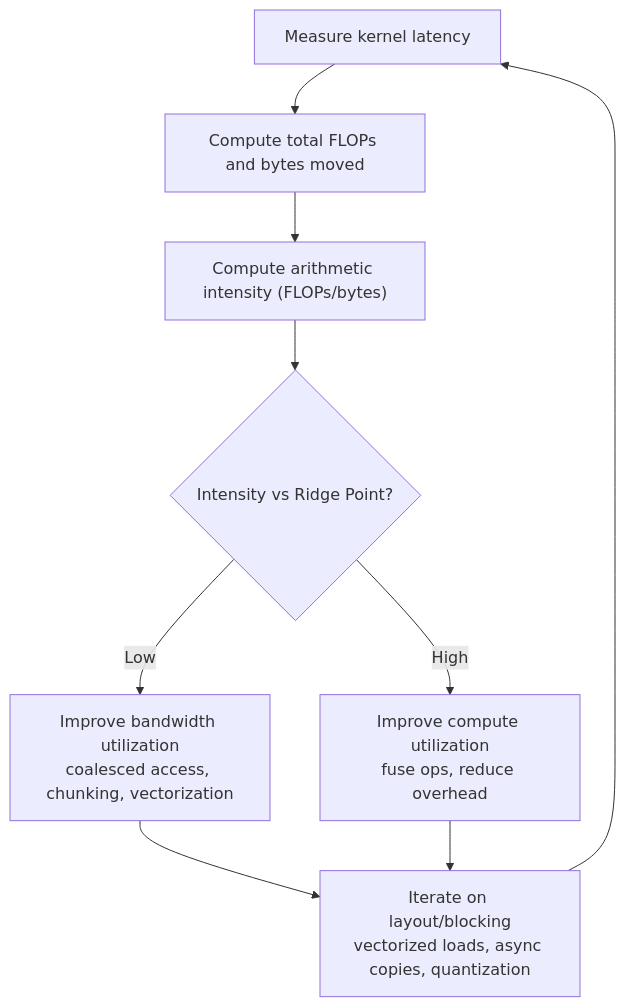
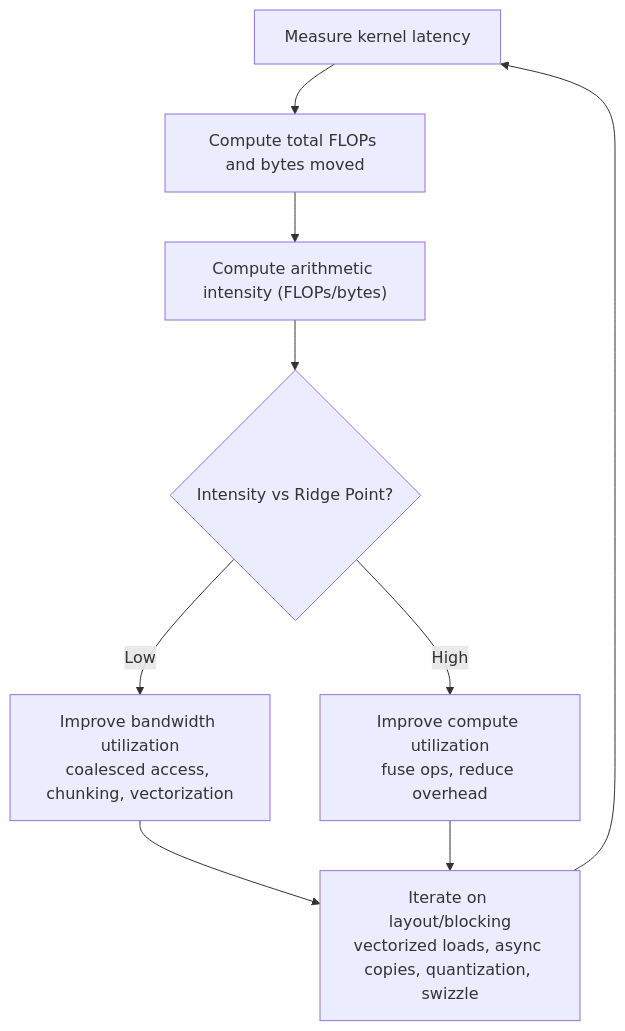
The ninth of 11 diagrams in .qoder/repowiki/en/content/Optimization Strategies.md (gugudeshubao/flashinfer-bench-tma-thrust), drawn with Mermaid before and after one commit. The commit also changed other lines of this file and 3 other files, not shown here.

````diff
--- a/.qoder/repowiki/en/content/Optimization Strategies.md
+++ b/.qoder/repowiki/en/content/Optimization Strategies.md
@@ -491,11 +609,11 @@
 ```mermaid
 flowchart TD
 A["Measure kernel latency"] --> B["Compute total FLOPs and bytes moved"]
 B --> C["Compute arithmetic intensity (FLOPs/bytes)"]
 C --> D{"Intensity vs Ridge Point?"}
 D --> |Low| E["Improve bandwidth utilization<br/>coalesced access, chunking, vectorization"]
 D --> |High| F["Improve compute utilization<br/>fuse ops, reduce overhead"]
-E --> G["Iterate on layout/blocking<br/>vectorized loads, async copies, quantization"]
+E --> G["Iterate on layout/blocking<br/>vectorized loads, async copies, quantization, swizzle"]
 F --> G
 G --> A
 ```
````
